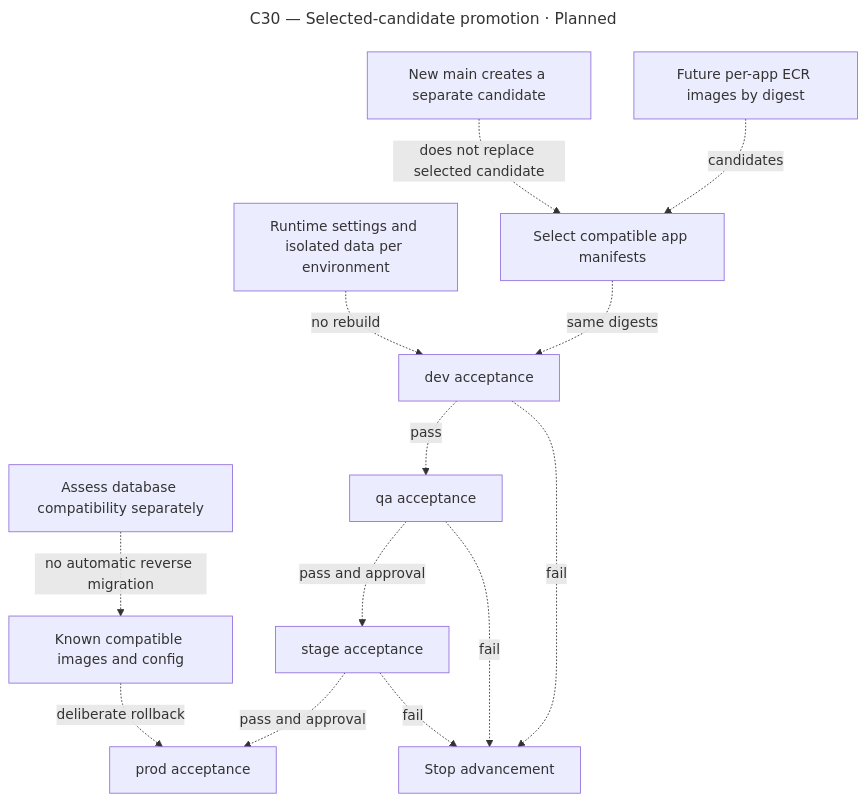
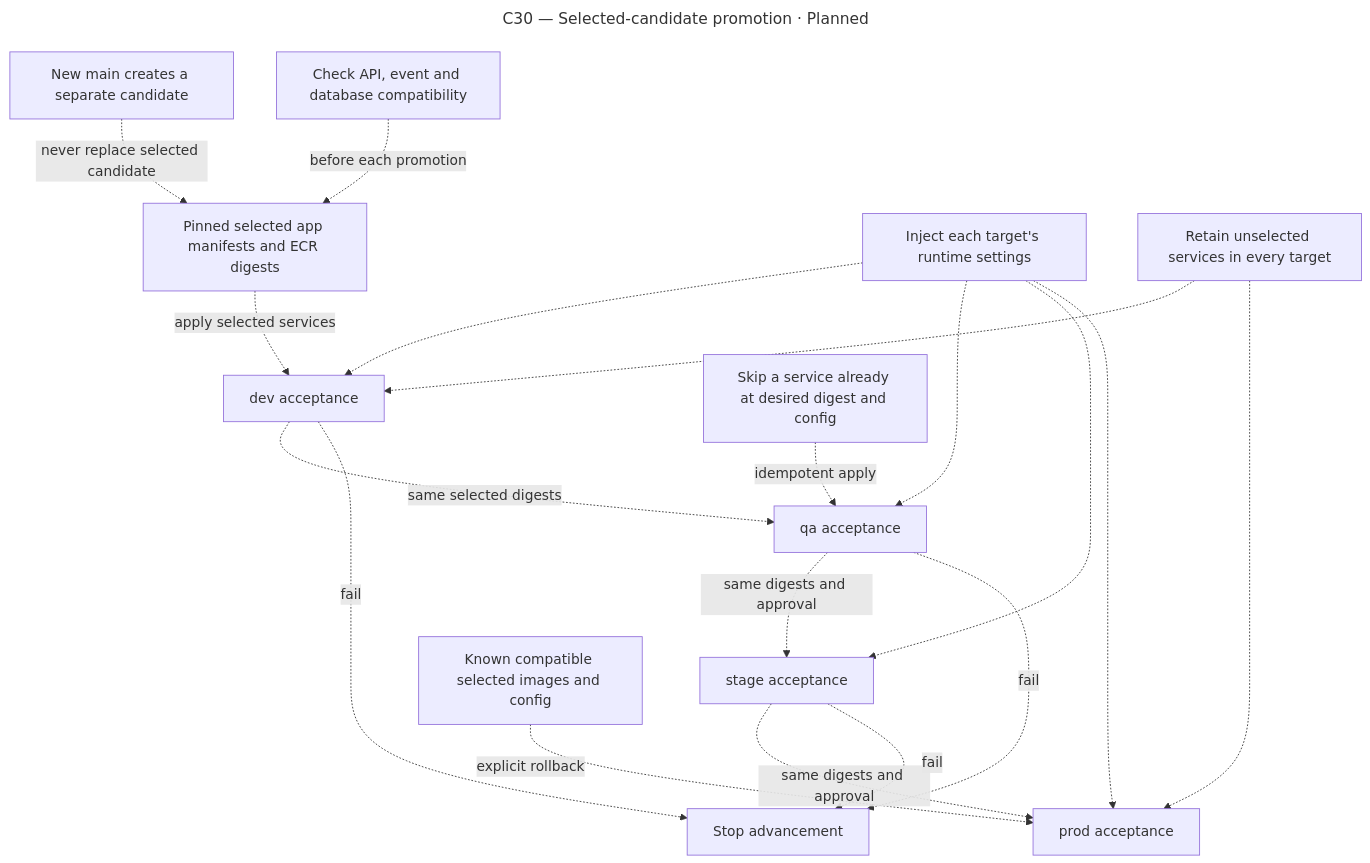
The diagram in docs/diagrams/sources/c30-selected-candidate-promotion.mmd (ashvir99260/flowboard), drawn with Mermaid before and after one commit. The commit also changed 18 other files, not shown here.

```diff
--- a/docs/diagrams/sources/c30-selected-candidate-promotion.mmd
+++ b/docs/diagrams/sources/c30-selected-candidate-promotion.mmd
@@ -1,16 +1,21 @@
 ---
 title: "C30 — Selected-candidate promotion · Planned"
 ---
 flowchart TD
-  ECR[Future per-app ECR images by digest] -. candidates .-> Release[Select compatible app manifests]
-  Release -. same digests .-> Dev[dev acceptance]
-  Dev -. pass .-> QA[qa acceptance]
-  QA -. pass and approval .-> Stage[stage acceptance]
-  Stage -. pass and approval .-> Prod[prod acceptance]
+  Release[Pinned selected app manifests and ECR digests] -. apply selected services .-> Dev[dev acceptance]
+  Dev -. same selected digests .-> QA[qa acceptance]
+  QA -. same digests and approval .-> Stage[stage acceptance]
+  Stage -. same digests and approval .-> Prod[prod acceptance]
+  Config[Inject each target's runtime settings] -.-> Dev
+  Config -.-> QA
+  Config -.-> Stage
+  Config -.-> Prod
+  Keep[Retain unselected services in every target] -.-> Dev
+  Keep -.-> Prod
+  Skip[Skip a service already at desired digest and config] -. idempotent apply .-> QA
   Dev -. fail .-> Stop[Stop advancement]
   QA -. fail .-> Stop
   Stage -. fail .-> Stop
-  NewMain[New main creates a separate candidate] -. does not replace selected candidate .-> Release
-  Config[Runtime settings and isolated data per environment] -. no rebuild .-> Dev
-  Previous[Known compatible images and config] -. deliberate rollback .-> Prod
-  Schema[Assess database compatibility separately] -. no automatic reverse migration .-> Previous
+  NewMain[New main creates a separate candidate] -. never replace selected candidate .-> Release
+  Previous[Known compatible selected images and config] -. explicit rollback .-> Prod
+  Schema[Check API, event and database compatibility] -. before each promotion .-> Release
```
